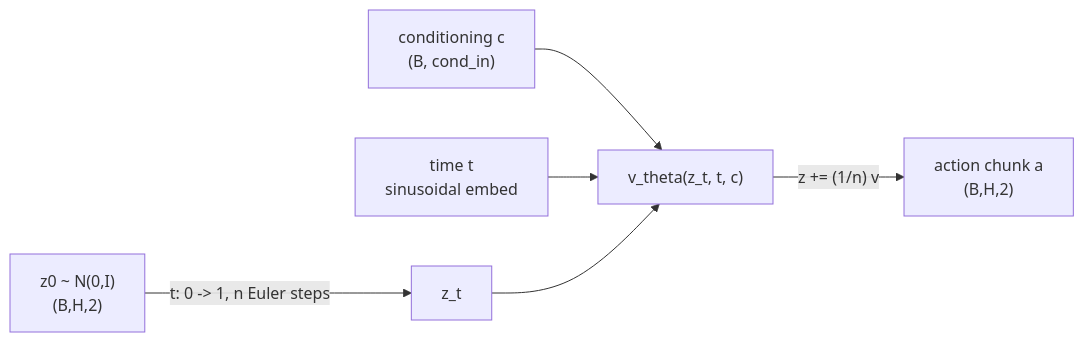
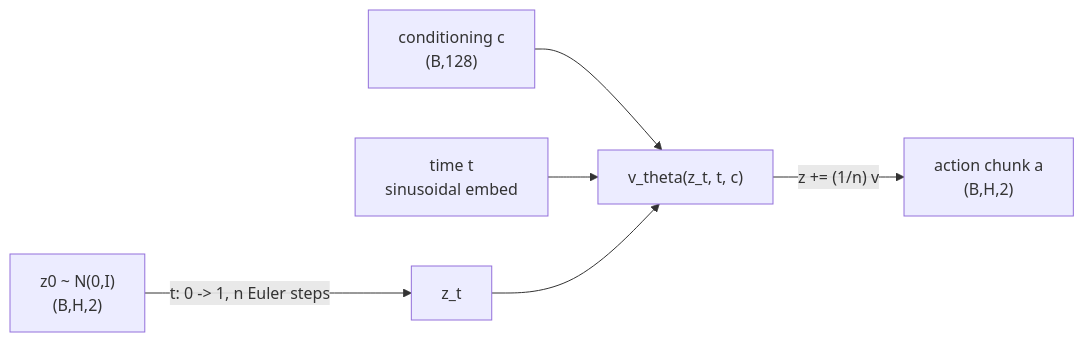
Before and after one commit to tanmaniac/nanovision: the second of 2 diagrams in assignments/a13_vla/README.md, drawn with Mermaid. The commit also changed other lines of this file and 14 other files, not shown here.

````diff
--- a/assignments/a13_vla/README.md
+++ b/assignments/a13_vla/README.md
@@ -162,8 +203,8 @@
 ```mermaid
 flowchart LR
   z0["z0 ~ N(0,I)<br/>(B,H,2)"] -->|"t: 0 -> 1, n Euler steps"| zt["z_t"]
-  c["conditioning c<br/>(B, cond_in)"] --> vnet["v_theta(z_t, t, c)"]
+  c["conditioning c<br/>(B,128)"] --> vnet["v_theta(z_t, t, c)"]
   t["time t<br/>sinusoidal embed"] --> vnet
   zt --> vnet
   vnet -->|"z += (1/n) v"| a["action chunk a<br/>(B,H,2)"]
 ```
````
